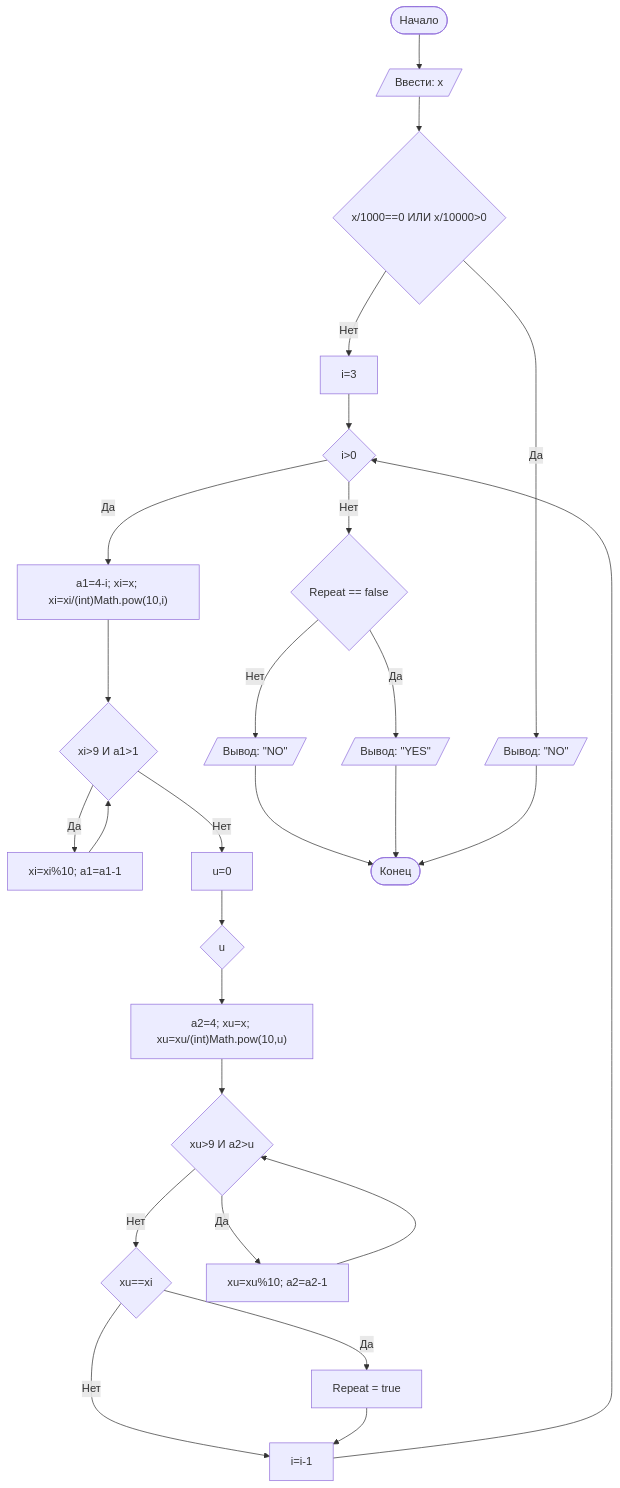
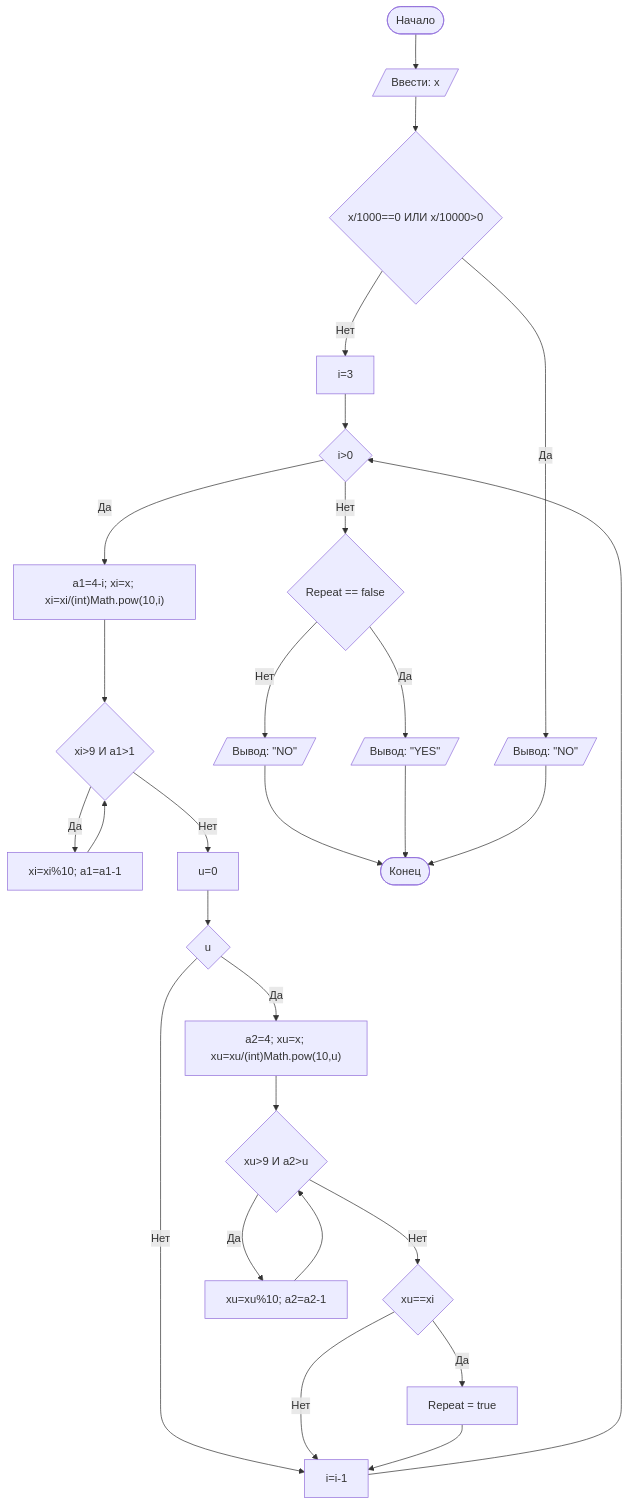
Before and after one commit to Tabooretishe/Lab1: the diagram in README.md, drawn with Mermaid.

````diff
--- a/README.md
+++ b/README.md
@@ -83,30 +83,31 @@
 ```mermaid
 graph TD
     A([Начало]) --> B[/Ввести: x/]
     B --> C{x/1000==0 ИЛИ x/10000>0}
     C -- Да --> D[/Вывод: "NO"/]
     C -- Нет --> Y[i=3]
     Y-->R{i>0}
+    R -- Нет --> P{Repeat == false}
     R--Да-->W["a1=4-i; xi=x; xi=xi/(int)Math.pow(10,i)"]
     W-->S{xi>9 И a1>1}
     S-- Да --> I[xi=xi%10; a1=a1-1]
     I-->S
     S-- Нет --> X[u=0]
     X-->O{u<i}
-    O-->F["a2=4; xu=x; xu=xu/(int)Math.pow(10,u)"]
+    O -- Нет --> Q
+    O-- Да --> F["a2=4; xu=x; xu=xu/(int)Math.pow(10,u)"]
     F-->M{xu>9 И a2>u}
     M-- Нет --> N{xu==xi}
     M-- Да --> G[xu=xu%10; a2=a2-1]
     G-->M
     N-- Нет --> Q[i=i-1]
     N-- Да --> FE[Repeat = true]
     FE-->Q
     Q-->R
-    R -- Нет --> P{Repeat == false}
     P--Да-->L[/Вывод: "YES"/]
     P--Нет-->K[/Вывод: "NO"/]
     K-->Z
     L-->Z
     D --> Z([Конец])
 
 ```
````
